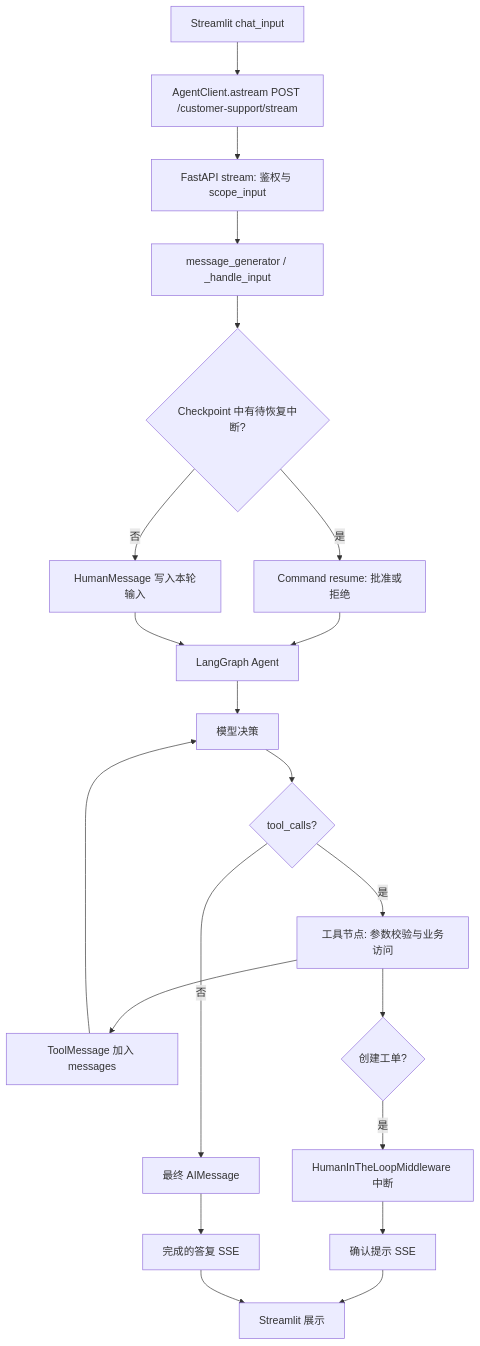
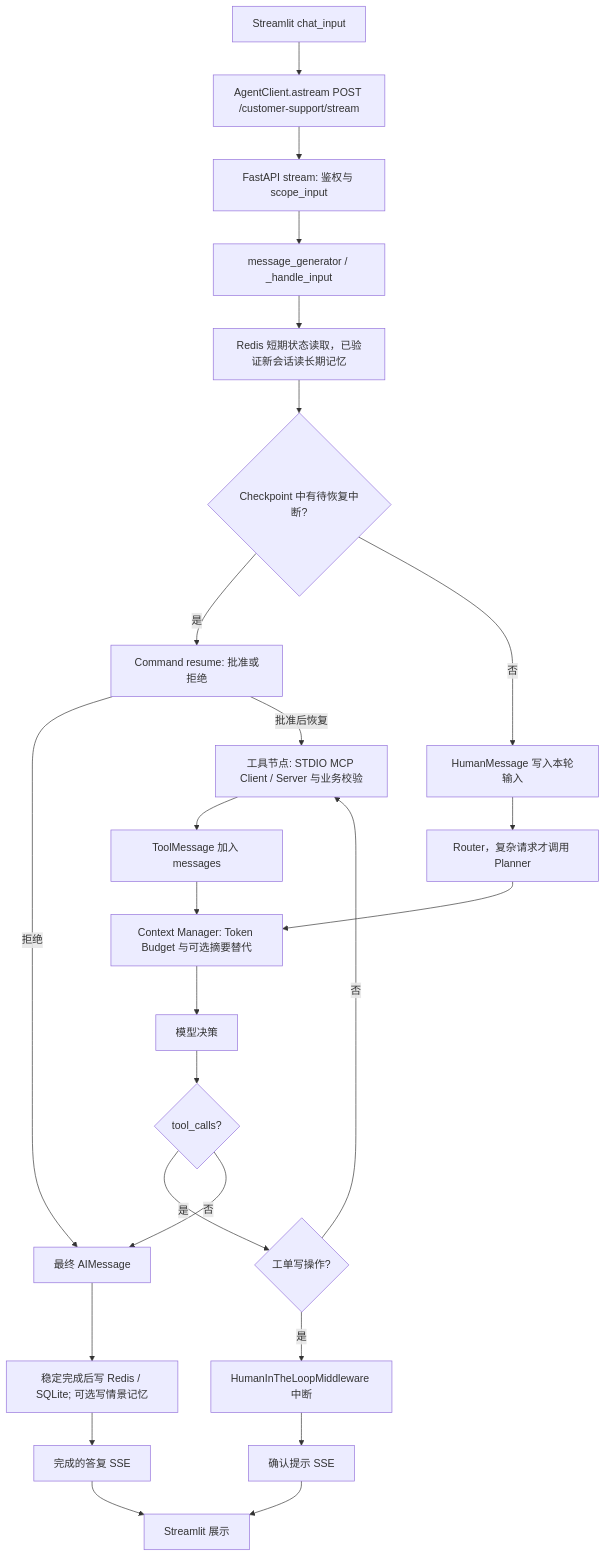
One commit to Snape001/OrderCare-Agent changed the diagram in docs/architecture/agent-execution-flow.md. Above: the diagram before and after it, drawn with Mermaid. The commit also changed other lines of this file and 59 other files, not shown here.

````diff
--- a/docs/architecture/agent-execution-flow.md
+++ b/docs/architecture/agent-execution-flow.md
@@ -5,23 +5,27 @@
 ```mermaid
 flowchart TD
     U[Streamlit chat_input] --> C[AgentClient.astream POST /customer-support/stream]
     C --> A[FastAPI stream: 鉴权与 scope_input]
     A --> H[message_generator / _handle_input]
-    H --> I{Checkpoint 中有待恢复中断?}
+    H --> MM[Redis 短期状态读取，已验证新会话读长期记忆]
+    MM --> I{Checkpoint 中有待恢复中断?}
     I -- 是 --> R[Command resume: 批准或拒绝]
     I -- 否 --> M[HumanMessage 写入本轮输入]
-    R --> G[LangGraph Agent]
-    M --> G
-    G --> L[模型决策]
+    R -->|拒绝| F[最终 AIMessage]
+    M --> RP[Router，复杂请求才调用 Planner]
+    RP --> CM[Context Manager: Token Budget 与可选摘要替代]
+    CM --> L[模型决策]
     L --> D{tool_calls?}
-    D -- 是 --> T[工具节点: 参数校验与业务访问]
-    T --> TM[ToolMessage 加入 messages]
-    TM --> L
-    D -- 否 --> F[最终 AIMessage]
-    T --> HITL{创建工单?}
+    D -- 是 --> HITL{工单写操作?}
+    HITL -- 否 --> T[工具节点: STDIO MCP Client / Server 与业务校验]
     HITL -- 是 --> X[HumanInTheLoopMiddleware 中断]
     X --> S[确认提示 SSE]
-    F --> S2[完成的答复 SSE]
+    R -->|批准后恢复| T
+    T --> TM[ToolMessage 加入 messages]
+    TM --> CM
+    D -- 否 --> F[最终 AIMessage]
+    F --> W[稳定完成后写 Redis / SQLite; 可选写情景记忆]
+    W --> S2[完成的答复 SSE]
     S --> UI[Streamlit 展示]
     S2 --> UI
 ```
````
